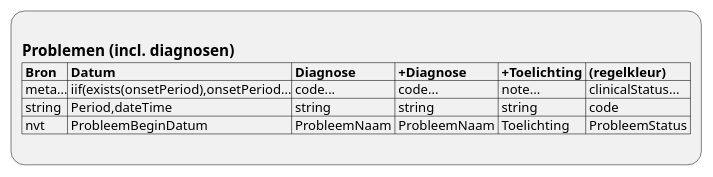
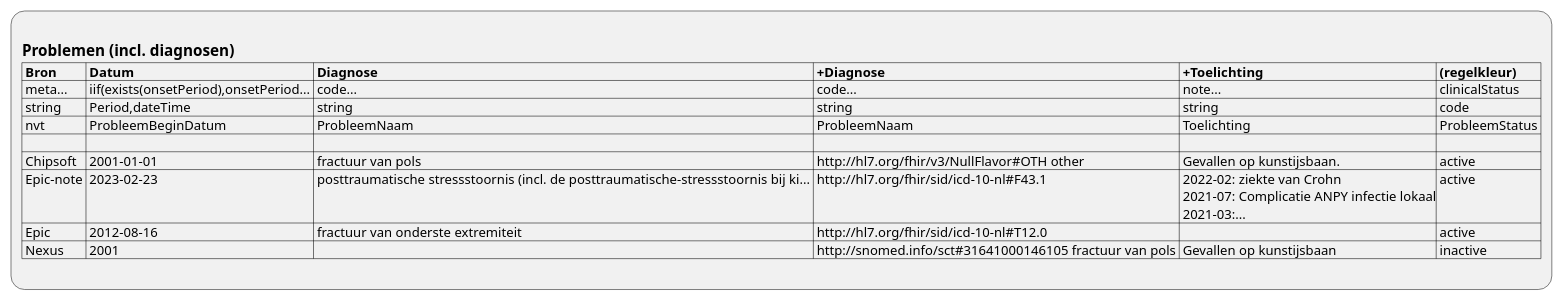
Before and after one commit to RIVO-Noord/zorgviewer-ig: the diagram in input/images-source/ViewDefinition-Condition.plantuml, drawn with PlantUML. The commit also changed 13 other files, not shown here.

```diff
--- a/input/images-source/ViewDefinition-Condition.plantuml
+++ b/input/images-source/ViewDefinition-Condition.plantuml
@@ -1,9 +1,14 @@
 @startuml ViewDefinition-Condition
 :
 == Problemen (incl. diagnosen)
 |= Bron |= Datum |= Diagnose |= +Diagnose |= +Toelichting |= (regelkleur) |
-| meta...| iif(exists(onsetPeriod),onsetPeriod...| code...| code...| note...| clinicalStatus...|
+| meta... | iif(exists(onsetPeriod),onsetPeriod... | code... | code... | note... | clinicalStatus |
 | string | Period,dateTime | string | string | string | code |
 | nvt | ProbleemBeginDatum | ProbleemNaam | ProbleemNaam | Toelichting | ProbleemStatus |
+| |
+| Chipsoft | 2001-01-01 | fractuur van pols | http://hl7.org/fhir/v3/NullFlavor#OTH other | Gevallen op kunstijsbaan. | active |
+| Epic-note | 2023-02-23 | posttraumatische stressstoornis (incl. de posttraumatische-stressstoornis bij ki... | http://hl7.org/fhir/sid/icd-10-nl#F43.1  | 2022-02: ziekte van Crohn\n 2021-07: Complicatie ANPY infectie lokaal\n 2021-03:... | active |
+| Epic | 2012-08-16 | fractuur van onderste extremiteit | http://hl7.org/fhir/sid/icd-10-nl#T12.0  |  | active |
+| Nexus | 2001 |  | http://snomed.info/sct#31641000146105 fractuur van pols | Gevallen op kunstijsbaan | inactive |
 ;
 @enduml
```
